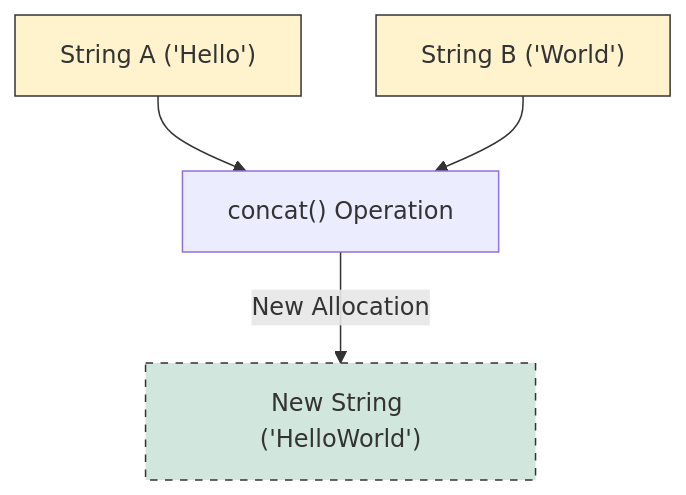
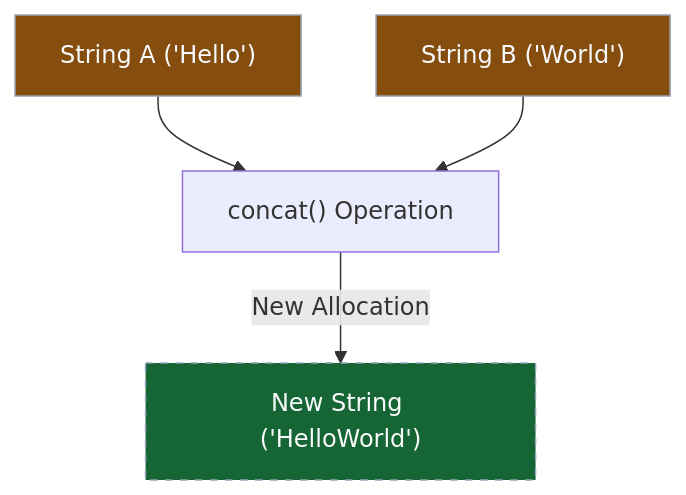
The second of 3 diagrams in _posts/java/09-불변_객체와_String_클래스/2026-01-25-string-클래스-주요-메서드.md (Kang-Hyesung/kang-hyesung.github.io), drawn with Mermaid before and after one commit. The commit also changed other lines of this file and 74 other files, not shown here.

Commit message:
docs: update post visibility and mermaid colors

````diff
--- a/_posts/java/09-불변_객체와_String_클래스/2026-01-25-string-클래스-주요-메서드.md
+++ b/_posts/java/09-불변_객체와_String_클래스/2026-01-25-string-클래스-주요-메서드.md
@@ -52,17 +52,17 @@
 ```mermaid
 graph TD
     A["String A ('Hello')"] 
     B["String B ('World')"]
     Op["concat() Operation"]
     C["New String ('HelloWorld')"]
 
     A --> Op
     B --> Op
     Op -->|New Allocation| C
 
     %% 스타일 정의
-    style A fill:#fff3cd,stroke:#333
-    style B fill:#fff3cd,stroke:#333
-    style C fill:#d1e7dd,stroke:#333,stroke-dasharray: 5 5
+    style A fill:#854d0e,stroke:#94a3b8,color:#f8fafc
+    style B fill:#854d0e,stroke:#94a3b8,color:#f8fafc
+    style C fill:#166534,stroke:#94a3b8,stroke-dasharray: 5 5,color:#f8fafc
 
 ```
````
